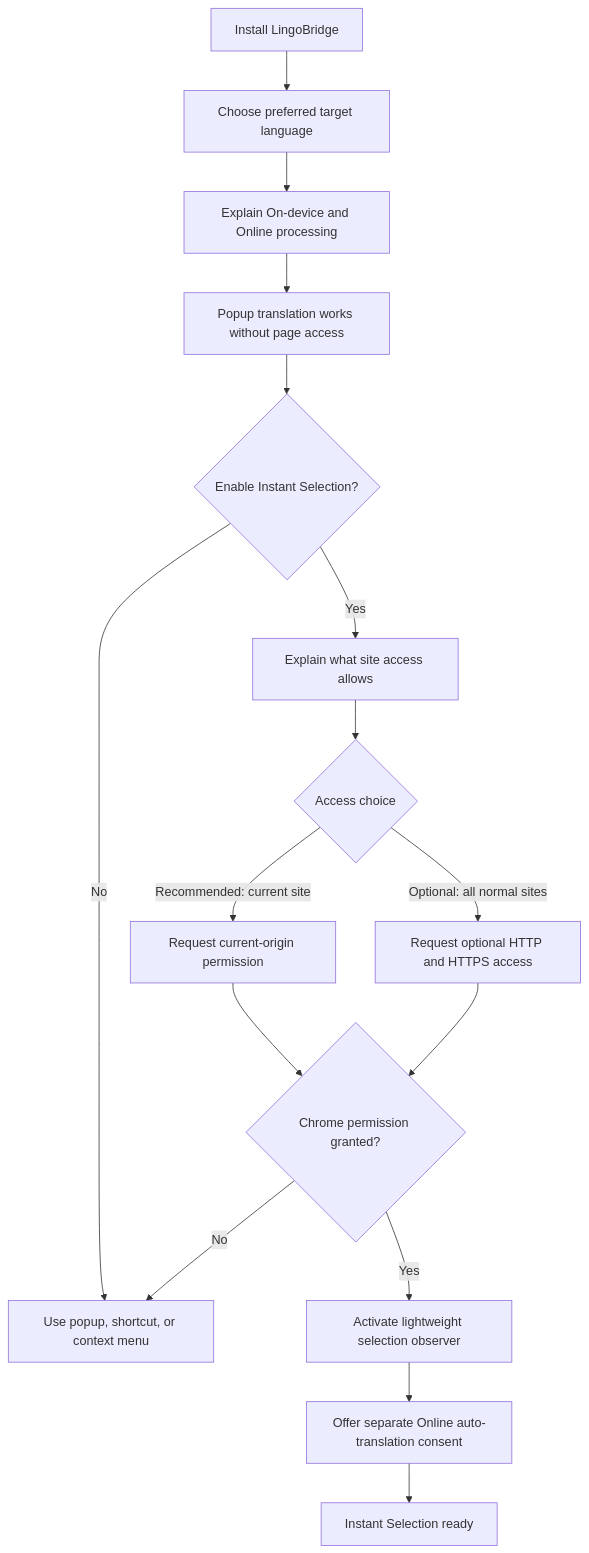
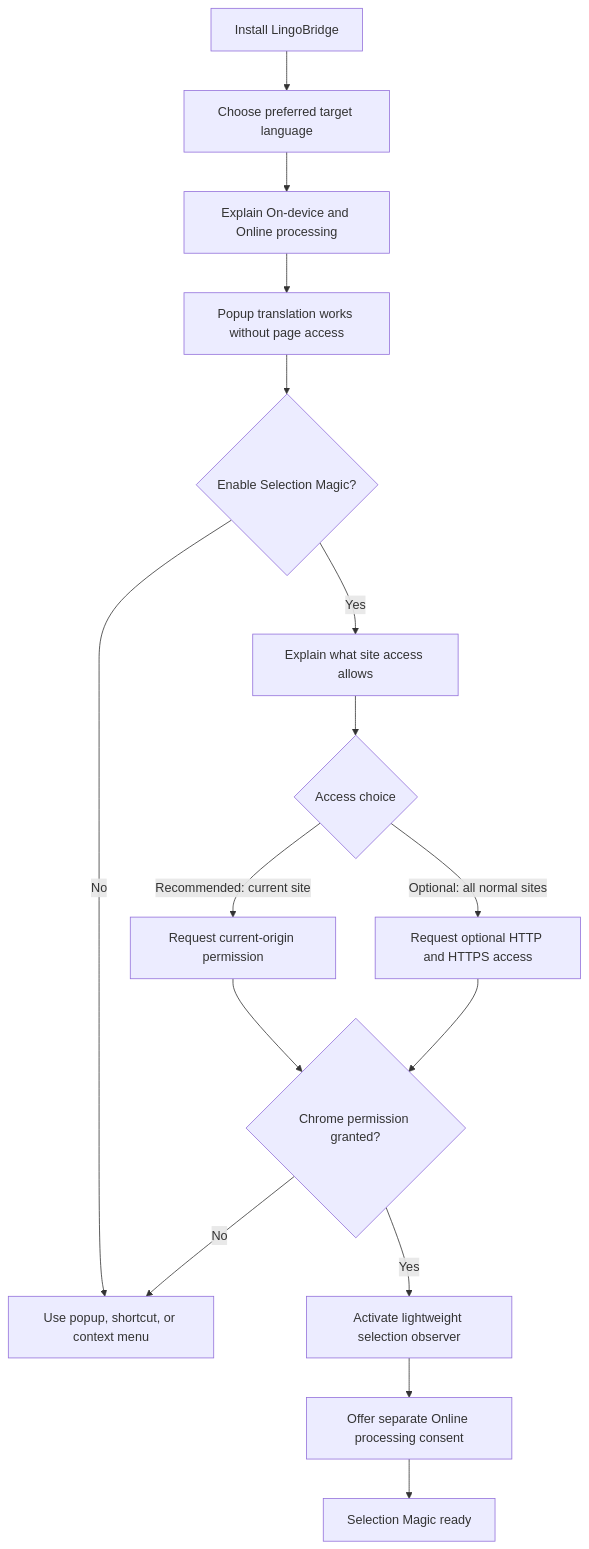
The second of 10 diagrams in docs/12-user-and-system-flows.md (budhathoki10/LingoBridge), drawn with Mermaid before and after one commit. The commit also changed other lines of this file and 42 other files, not shown here.

First line of the commit message:
feat: focus the popup on Selection Magic and harden panel lifecycle

````diff
--- a/docs/12-user-and-system-flows.md
+++ b/docs/12-user-and-system-flows.md
@@ -47,18 +50,18 @@
 ```mermaid
 flowchart TD
     A[Install LingoBridge] --> B[Choose preferred target language]
     B --> C[Explain On-device and Online processing]
     C --> D[Popup translation works without page access]
-    D --> E{Enable Instant Selection?}
+    D --> E{Enable Selection Magic?}
     E -- No --> F[Use popup, shortcut, or context menu]
     E -- Yes --> G[Explain what site access allows]
     G --> H{Access choice}
     H -- Recommended: current site --> I[Request current-origin permission]
     H -- Optional: all normal sites --> J[Request optional HTTP and HTTPS access]
     I --> K{Chrome permission granted?}
     J --> K
     K -- No --> F
     K -- Yes --> L[Activate lightweight selection observer]
-    L --> M[Offer separate Online auto-translation consent]
-    M --> N[Instant Selection ready]
+    L --> M[Offer separate Online processing consent]
+    M --> N[Selection Magic ready]
 ```
````
